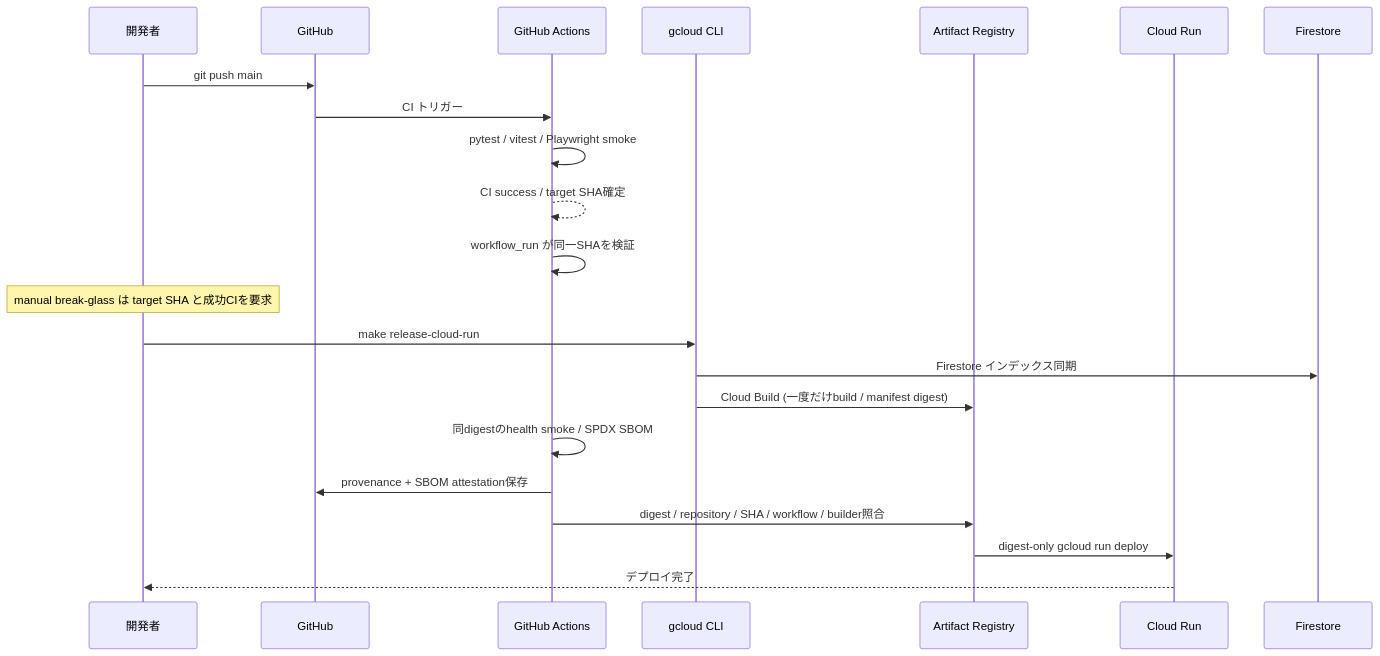
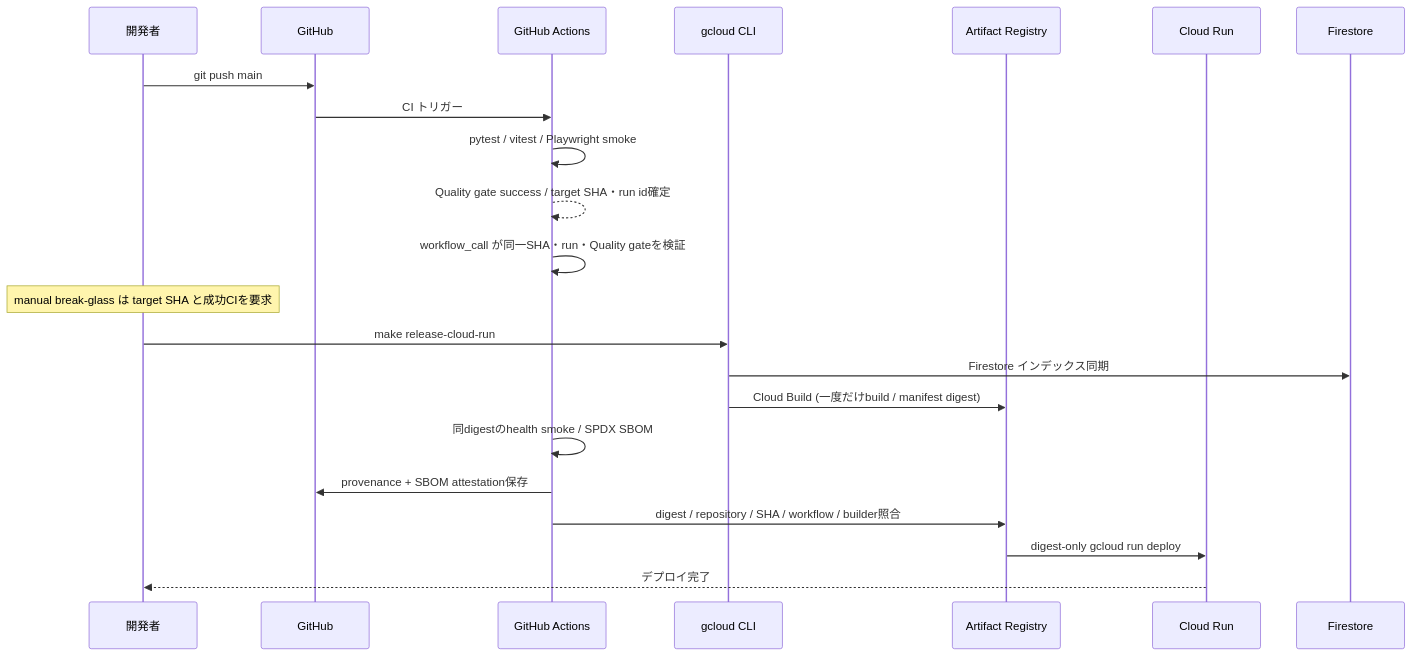
One commit to stillshore-chirp/wordpack-for-english changed the fourth of 6 diagrams in docs/infrastructure.md. Above: the diagram before and after it, drawn with Mermaid. The commit also changed other lines of this file and 8 other files, not shown here.

````diff
--- a/docs/infrastructure.md
+++ b/docs/infrastructure.md
@@ -218,26 +218,26 @@
 ```mermaid
 sequenceDiagram
     participant Dev as 開発者
     participant GitHub as GitHub
     participant Actions as GitHub Actions
     participant GCloud as gcloud CLI
     participant AR as Artifact Registry
     participant CR as Cloud Run
     participant FS as Firestore
 
     Dev->>GitHub: git push main
     GitHub->>Actions: CI トリガー
     Actions->>Actions: pytest / vitest / Playwright smoke
-    Actions-->>Actions: CI success / target SHA確定
-    Actions->>Actions: workflow_run が同一SHAを検証
+    Actions-->>Actions: Quality gate success / target SHA・run id確定
+    Actions->>Actions: workflow_call が同一SHA・run・Quality gateを検証
 
     Note over Dev: manual break-glass は target SHA と成功CIを要求
     Dev->>GCloud: make release-cloud-run
     GCloud->>FS: Firestore インデックス同期
     GCloud->>AR: Cloud Build (一度だけbuild / manifest digest)
     Actions->>Actions: 同digestのhealth smoke / SPDX SBOM
     Actions->>GitHub: provenance + SBOM attestation保存
     Actions->>AR: digest / repository / SHA / workflow / builder照合
     AR->>CR: digest-only gcloud run deploy
     CR-->>Dev: デプロイ完了
 ```
````
